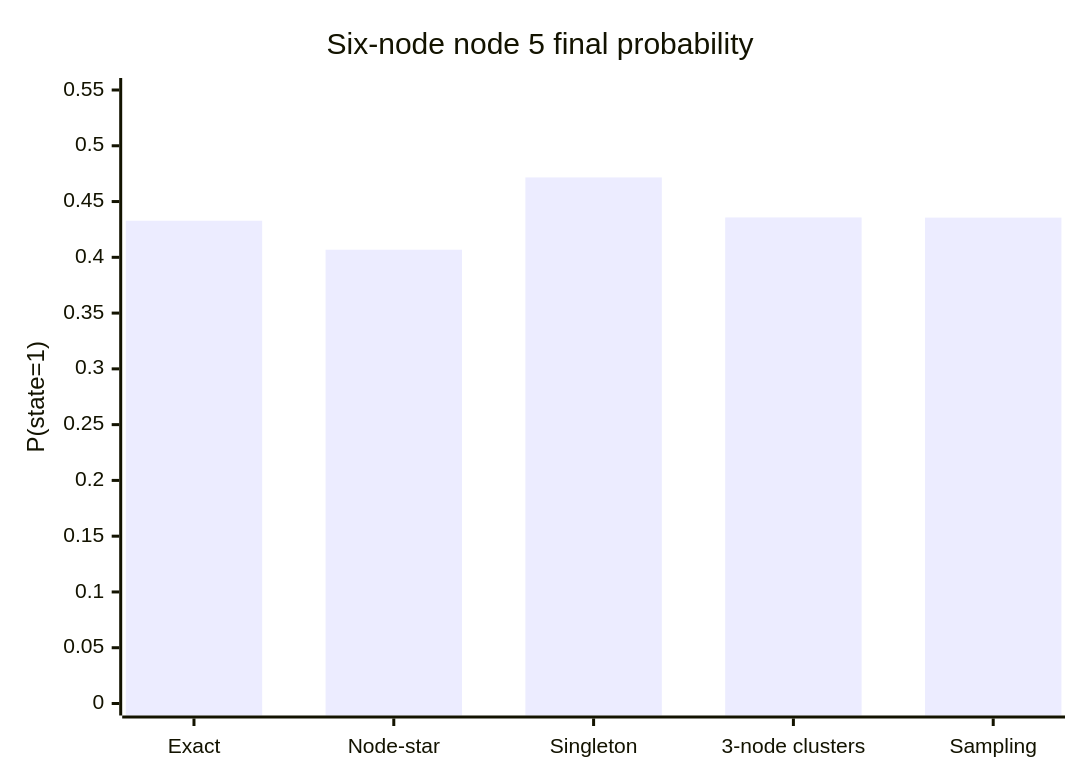
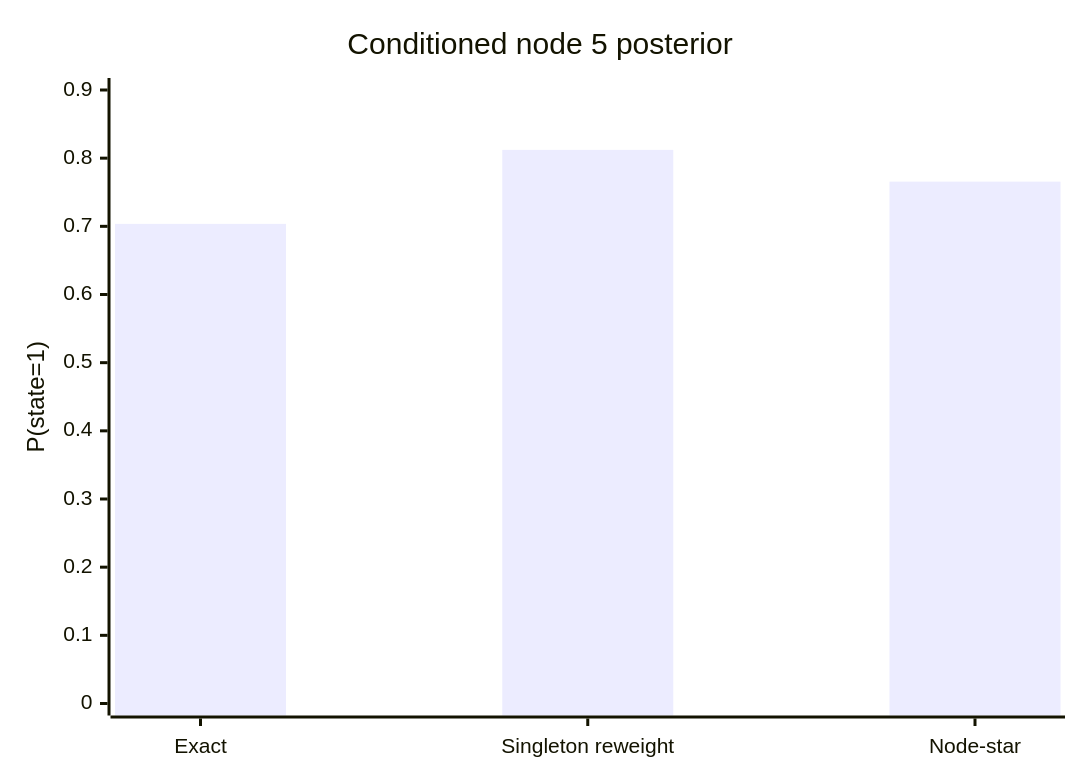
Before and after one commit to dlinzner-bcs/ruCTBN: the sixth of 7 diagrams in README.md, drawn with Mermaid. The commit also changed other lines of this file and 3 other files, not shown here.

````diff
--- a/README.md
+++ b/README.md
@@ -222,7 +204,7 @@
 ```mermaid
 xychart-beta
-    title "Six-node node 5 final probability"
-    x-axis ["Exact", "Node-star", "Singleton", "3-node clusters", "Sampling"]
-    y-axis "P(state=1)" 0 --> 0.55
-    bar [0.432803, 0.406795, 0.471635, 0.435751, 0.435600]
+    title "Conditioned node 5 posterior"
+    x-axis ["Exact", "Singleton reweight", "Node-star"]
+    y-axis "P(state=1)" 0 --> 0.9
+    bar [0.703624, 0.812171, 0.765575]
 ```
````
